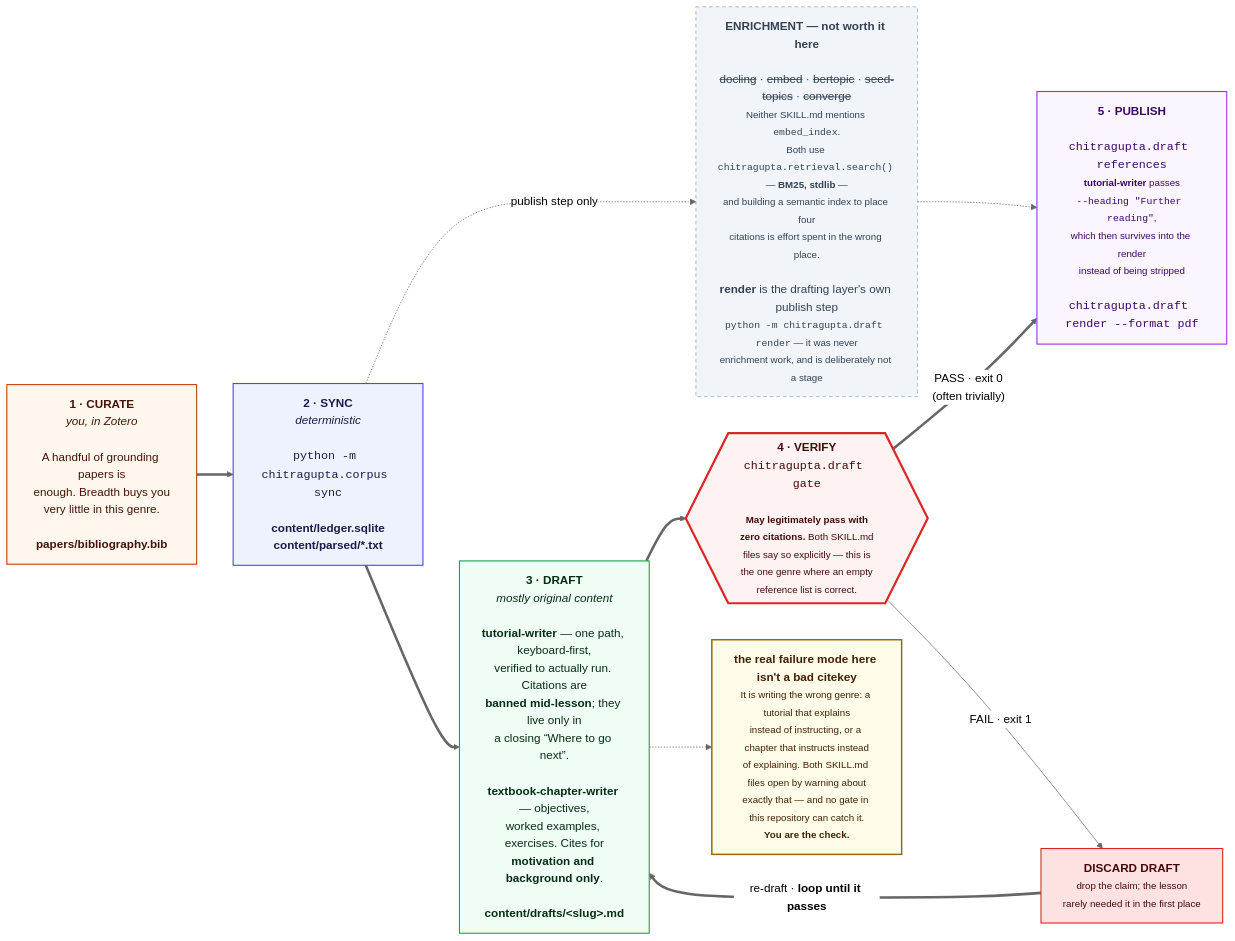
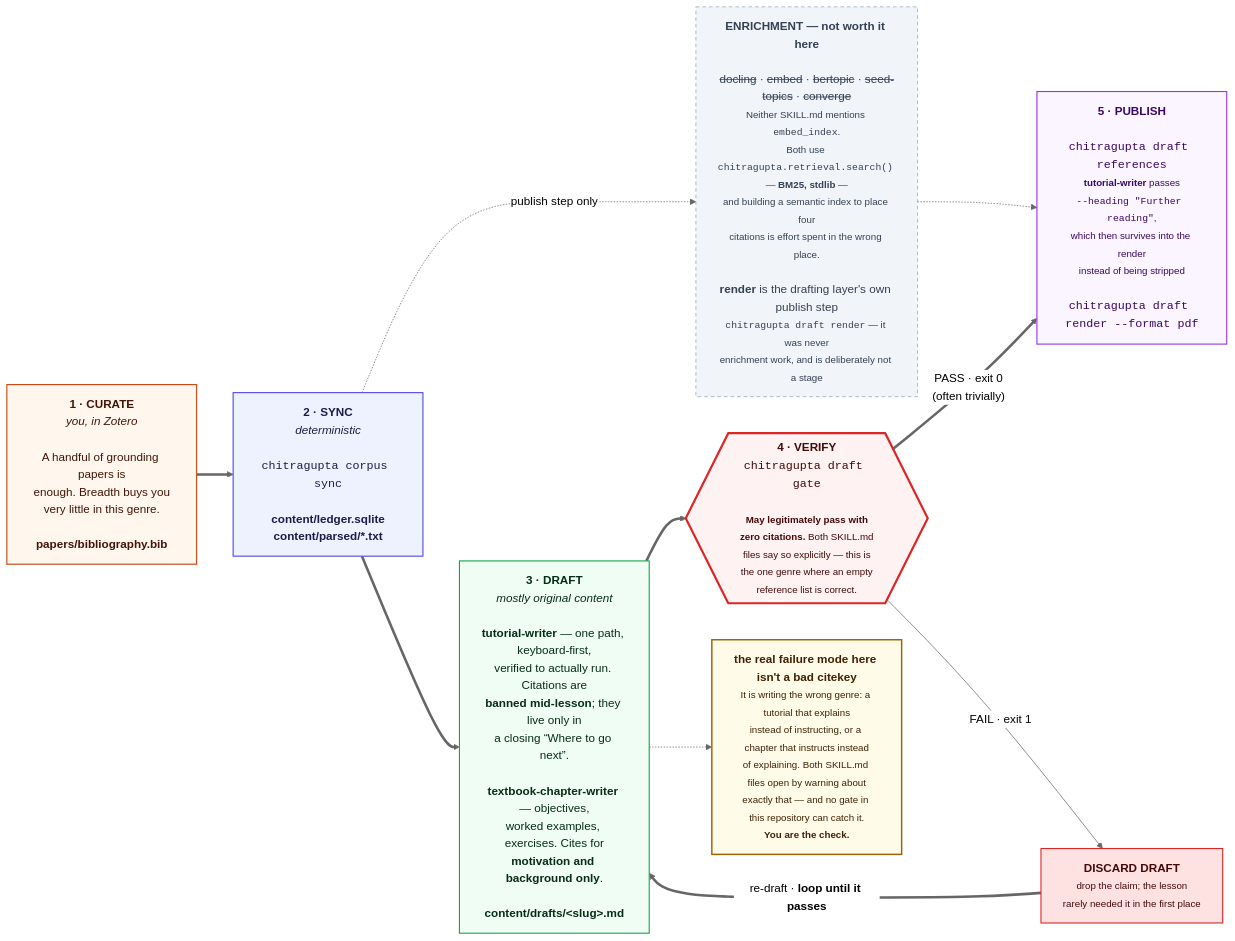
The eighth of 11 diagrams in docs/DIAGRAMS.md (prasadtalasila/chitragupta), drawn with Mermaid (neutral theme) before and after one commit. The commit also changed other lines of this file and 19 other files, not shown here.

````diff
--- a/docs/DIAGRAMS.md
+++ b/docs/DIAGRAMS.md
@@ -752,45 +752,45 @@
 ```mermaid
 flowchart LR
 
   P0["<b>1 · CURATE</b><br/><i>you, in Zotero</i><br/><br/>A handful of grounding papers is<br/>enough. Breadth buys you<br/>very little in this genre.<br/><br/><b>papers/bibliography.bib</b>"]
 
-  P1["<b>2 · SYNC</b><br/><i>deterministic</i><br/><br/><code>python -m chitragupta.corpus sync</code><br/><br/><b>content/ledger.sqlite</b><br/><b>content/parsed/*.txt</b>"]
+  P1["<b>2 · SYNC</b><br/><i>deterministic</i><br/><br/><code>chitragupta corpus sync</code><br/><br/><b>content/ledger.sqlite</b><br/><b>content/parsed/*.txt</b>"]
 
-  HEAVY["<b>ENRICHMENT — not worth it here</b><br/><br/><s>docling</s> · <s>embed</s> · <s>bertopic</s> · <s>seed-topics</s> · <s>converge</s><br/><small>Neither SKILL.md mentions <code>embed_index</code>.<br/>Both use <code>chitragupta.retrieval.search()</code> — <b>BM25, stdlib</b> —<br/>and building a semantic index to place four<br/>citations is effort spent in the wrong place.</small><br/><br/><b>render</b> is the drafting layer's own publish step<br/><small><code>python -m chitragupta.draft render</code> — it was never<br/>enrichment work, and is deliberately not a stage</small>"]
+  HEAVY["<b>ENRICHMENT — not worth it here</b><br/><br/><s>docling</s> · <s>embed</s> · <s>bertopic</s> · <s>seed-topics</s> · <s>converge</s><br/><small>Neither SKILL.md mentions <code>embed_index</code>.<br/>Both use <code>chitragupta.retrieval.search()</code> — <b>BM25, stdlib</b> —<br/>and building a semantic index to place four<br/>citations is effort spent in the wrong place.</small><br/><br/><b>render</b> is the drafting layer's own publish step<br/><small><code>chitragupta draft render</code> — it was never<br/>enrichment work, and is deliberately not a stage</small>"]
 
   P2["<b>3 · DRAFT</b><br/><i>mostly original content</i><br/><br/><b>tutorial-writer</b> — one path, keyboard-first,<br/>verified to actually run. Citations are<br/><b>banned mid-lesson</b>; they live only in<br/>a closing “Where to go next”.<br/><br/><b>textbook-chapter-writer</b> — objectives,<br/>worked examples, exercises. Cites for<br/><b>motivation and background only</b>.<br/><br/><b>content/drafts/&lt;slug&gt;.md</b>"]
 
-  P3{{"<b>4 · VERIFY</b><br/><code>chitragupta.draft gate</code><br/><br/><small><b>May legitimately pass with<br/>zero citations.</b> Both SKILL.md<br/>files say so explicitly — this is<br/>the one genre where an empty<br/>reference list is correct.</small>"}}
+  P3{{"<b>4 · VERIFY</b><br/><code>chitragupta draft gate</code><br/><br/><small><b>May legitimately pass with<br/>zero citations.</b> Both SKILL.md<br/>files say so explicitly — this is<br/>the one genre where an empty<br/>reference list is correct.</small>"}}
 
   FIX["<b>DISCARD DRAFT</b><br/><small>drop the claim; the lesson<br/>rarely needed it in the first place</small>"]
 
-  P4["<b>5 · PUBLISH</b><br/><br/><code>chitragupta.draft references</code><br/><small><b>tutorial-writer</b> passes<br/><code>--heading &quot;Further reading&quot;</code>,<br/>which then survives into the render<br/>instead of being stripped</small><br/><br/><code>chitragupta.draft render --format pdf</code>"]
+  P4["<b>5 · PUBLISH</b><br/><br/><code>chitragupta draft references</code><br/><small><b>tutorial-writer</b> passes<br/><code>--heading &quot;Further reading&quot;</code>,<br/>which then survives into the render<br/>instead of being stripped</small><br/><br/><code>chitragupta draft render --format pdf</code>"]
 
   RISK["<b>the real failure mode here isn't a bad citekey</b><br/><small>It is writing the wrong genre: a tutorial that explains<br/>instead of instructing, or a chapter that instructs instead<br/>of explaining. Both SKILL.md files open by warning about<br/>exactly that — and no gate in this repository can catch it.<br/><b>You are the check.</b></small>"]
 
   P0 ==> P1 ==> P2 ==> P3
   P1 -. "publish step only" .-> HEAVY
   HEAVY -.-> P4
   P3 == "PASS · exit 0<br/>(often trivially)" ==> P4
   P3 -- "FAIL · exit 1" --> FIX
   FIX == "re-draft · <b>loop until it passes</b>" ==> P2
   P2 -.-> RISK
 
   classDef you fill:#fff7ed,stroke:#c2410c,stroke-width:1.5px,color:#431407
   classDef det fill:#eef2ff,stroke:#4f46e5,stroke-width:1.5px,color:#1e1b4b
   classDef gen fill:#f0fdf4,stroke:#16a34a,stroke-width:1.5px,color:#052e16
   classDef gate fill:#fef2f2,stroke:#dc2626,stroke-width:3px,color:#450a0a
   classDef out fill:#faf5ff,stroke:#9333ea,stroke-width:1.5px,color:#3b0764
   classDef bad fill:#fee2e2,stroke:#dc2626,stroke-width:1.5px,color:#450a0a
   classDef off fill:#f1f5f9,stroke:#94a3b8,stroke-dasharray:5 4,color:#334155
   classDef risk fill:#fefce8,stroke:#a16207,stroke-width:2px,color:#422006
 
   class P0 you
   class P1 det
   class P2 gen
   class P3 gate
   class P4 out
   class FIX bad
   class HEAVY off
   class RISK risk
 ```
````
